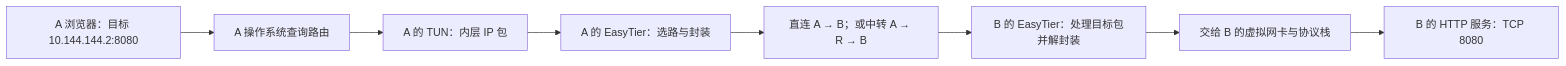
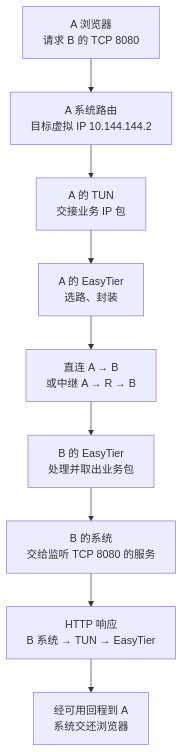
Before and after one commit to sonofmagic/easytier-docs: the diagram in apps/website/chapters/15-journey.md, drawn with Mermaid. The commit also changed other lines of this file and 59 other files, not shown here.

Commit message:
docs: rebuild EasyTier course for network beginners

````diff
--- a/apps/website/chapters/15-journey.md
+++ b/apps/website/chapters/15-journey.md
@@ -24,10 +36,11 @@
 ```mermaid
-flowchart LR
-  AppA["A 浏览器：目标 10.144.144.2:8080"] --> RouteA["A 操作系统查询路由"]
-  RouteA --> TunA["A 的 TUN：内层 IP 包"]
-  TunA --> EtA["A 的 EasyTier：选路与封装"]
-  EtA --> Path["直连 A → B；或中转 A → R → B"]
-  Path --> EtB["B 的 EasyTier：处理目标包并解封装"]
-  EtB --> TunB["交给 B 的虚拟网卡与协议栈"]
-  TunB --> AppB["B 的 HTTP 服务：TCP 8080"]
+flowchart TD
+  Browser["A 浏览器<br/>请求 B 的 TCP 8080"] --> OS["A 系统路由<br/>目标虚拟 IP 10.144.144.2"]
+  OS --> TUN["A 的 TUN<br/>交接业务 IP 包"]
+  TUN --> EA["A 的 EasyTier<br/>选路、封装"]
+  EA --> Direct["直连 A → B<br/>或中继 A → R → B"]
+  Direct --> EB["B 的 EasyTier<br/>处理并取出业务包"]
+  EB --> BSystem["B 的系统<br/>交给监听 TCP 8080 的服务"]
+  BSystem --> Reply["HTTP 响应<br/>B 系统 → TUN → EasyTier"]
+  Reply --> AReturn["经可用回程到 A<br/>系统交还浏览器"]
 ```
````
